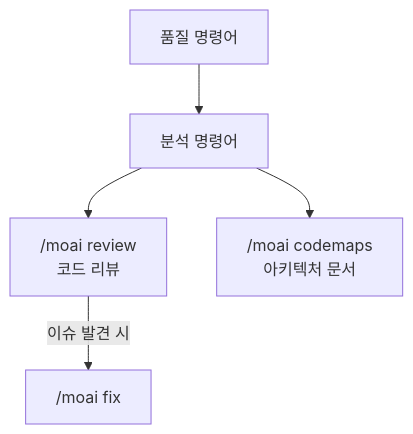
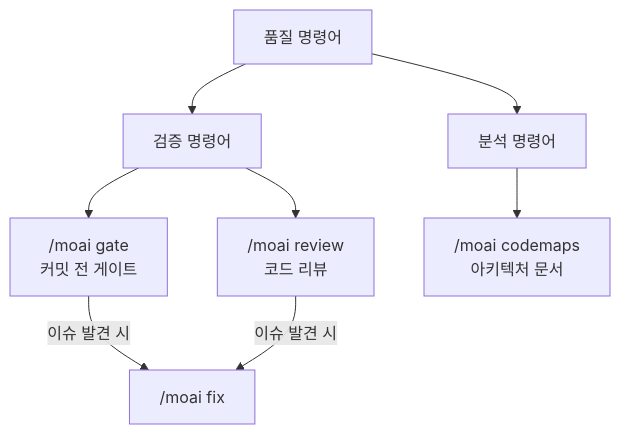
The diagram in docs-site/content/ko/quality-commands/_index.md (modu-ai/moai-adk), drawn with Mermaid before and after one commit. The commit also changed other lines of this file and 395 other files, not shown here.

````diff
--- a/docs-site/content/ko/quality-commands/_index.md
+++ b/docs-site/content/ko/quality-commands/_index.md
@@ -22,9 +27,12 @@
 ```mermaid
 flowchart TD
-    A[품질 명령어] --> B[분석 명령어]
+    A[품질 명령어] --> B[검증 명령어]
+    A --> C[분석 명령어]
 
+    B --> G["/moai gate<br/>커밋 전 게이트"]
     B --> D["/moai review<br/>코드 리뷰"]
-    B --> E["/moai codemaps<br/>아키텍처 문서"]
+    C --> E["/moai codemaps<br/>아키텍처 문서"]
 
-    D -->|이슈 발견 시| H["/moai fix"]
+    G -->|이슈 발견 시| H["/moai fix"]
+    D -->|이슈 발견 시| H
 ```
````
